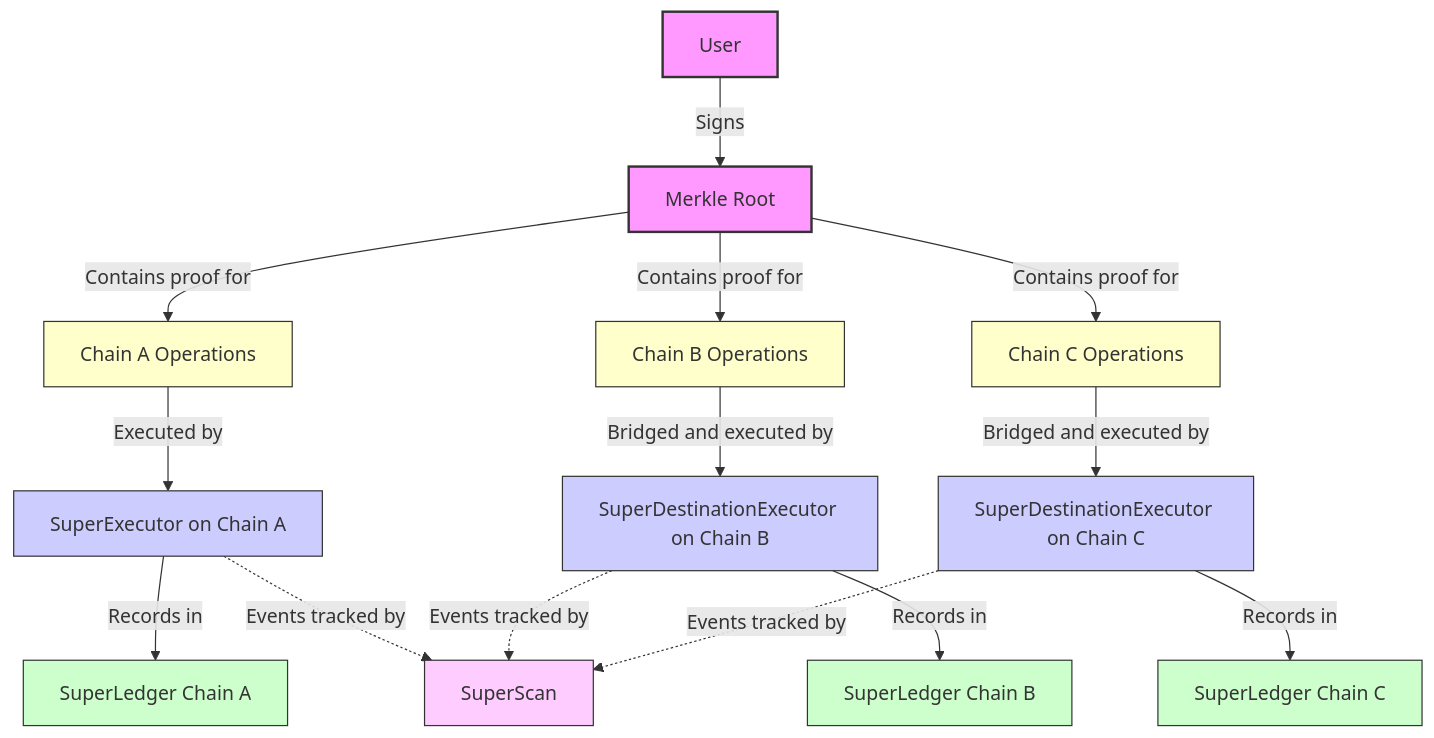
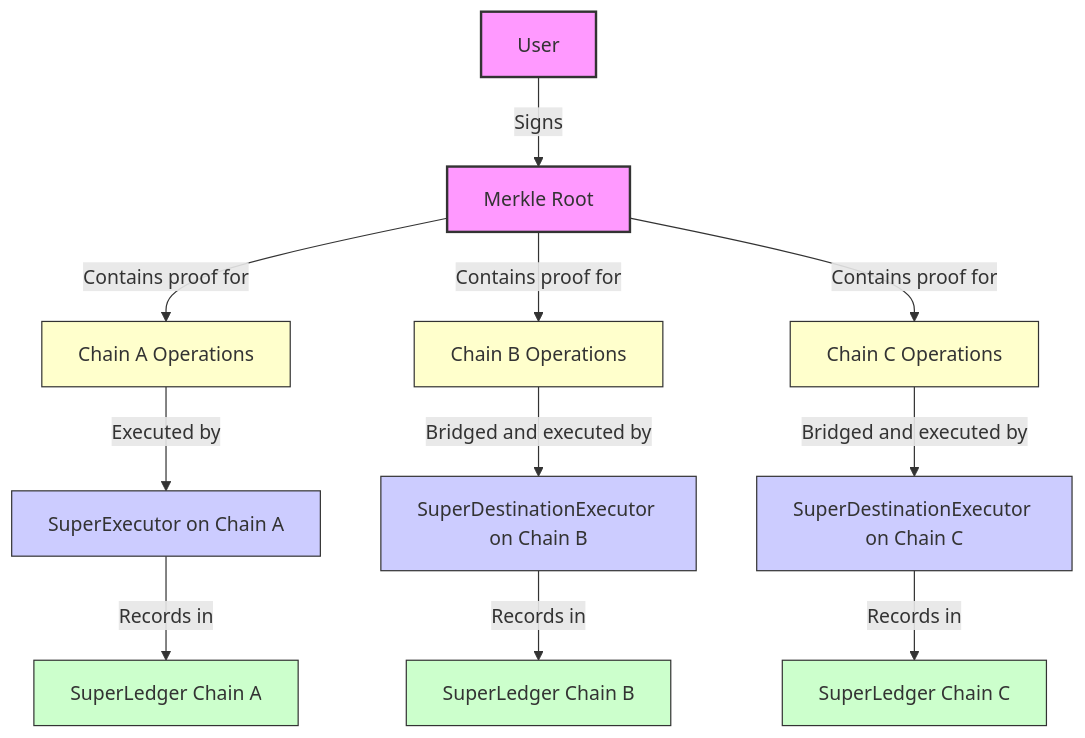
Before and after one commit to superform-xyz/v2-core: the third of 3 diagrams in README.md, drawn with Mermaid. The commit also changed other lines of this file, not shown here.

````diff
--- a/README.md
+++ b/README.md
@@ -478,32 +371,30 @@
 ```mermaid
 graph TD
     User[User] -->|Signs| MerkleRoot[Merkle Root]
     
     MerkleRoot -->|Contains proof for| Chain1[Chain A Operations]
     MerkleRoot -->|Contains proof for| Chain2[Chain B Operations]
     MerkleRoot -->|Contains proof for| Chain3[Chain C Operations]
     
     Chain1 -->|Executed by| Executor1[SuperExecutor on Chain A]
     Chain2 -->|Bridged and executed by| Executor2[SuperDestinationExecutor on Chain B]
     Chain3 -->|Bridged and executed by| Executor3[SuperDestinationExecutor on Chain C]
     
     Executor1 -->|Records in| Ledger1[SuperLedger Chain A]
     Executor2 -->|Records in| Ledger2[SuperLedger Chain B]
     Executor3 -->|Records in| Ledger3[SuperLedger Chain C]
     
-    Executor1 -.->|Events tracked by| SuperScan[SuperScan]
-    Executor2 -.->|Events tracked by| SuperScan
-    Executor3 -.->|Events tracked by| SuperScan
+
     
     classDef userFacing fill:#f9f,stroke:#333,stroke-width:2px;
     classDef operations fill:#ffc,stroke:#333,stroke-width:1px;
     classDef executors fill:#ccf,stroke:#333,stroke-width:1px;
     classDef ledgers fill:#cfc,stroke:#333,stroke-width:1px;
     classDef monitoring fill:#fcf,stroke:#333,stroke-width:1px;
     
     class User,MerkleRoot userFacing;
     class Chain1,Chain2,Chain3 operations;
     class Executor1,Executor2,Executor3 executors;
     class Ledger1,Ledger2,Ledger3 ledgers;
-    class SuperScan monitoring;
+
 ```
````
